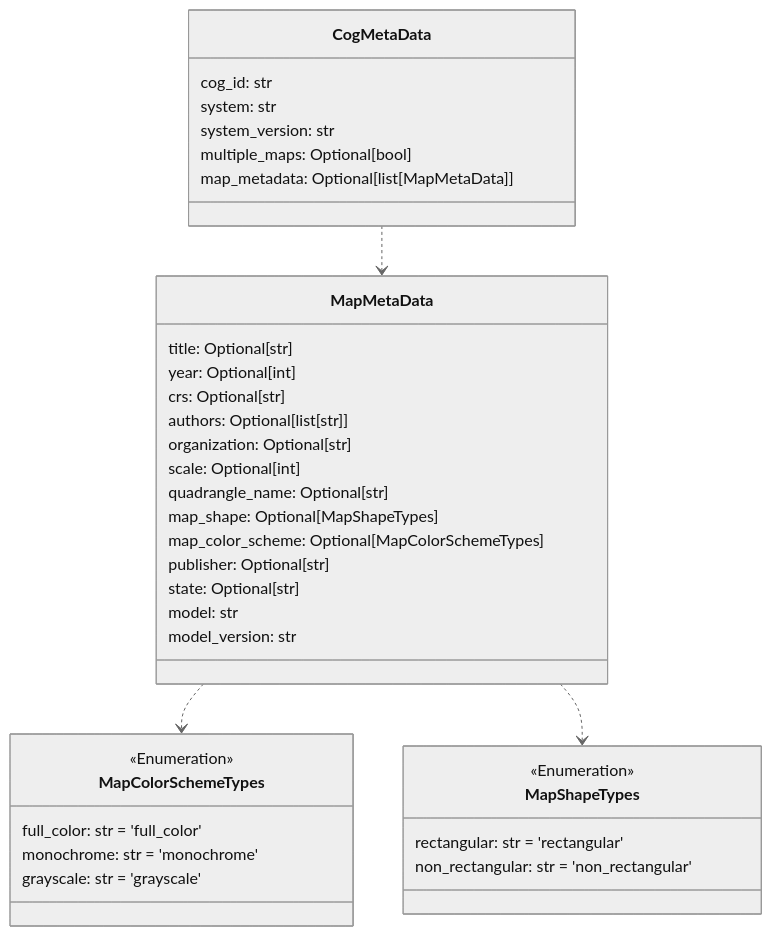
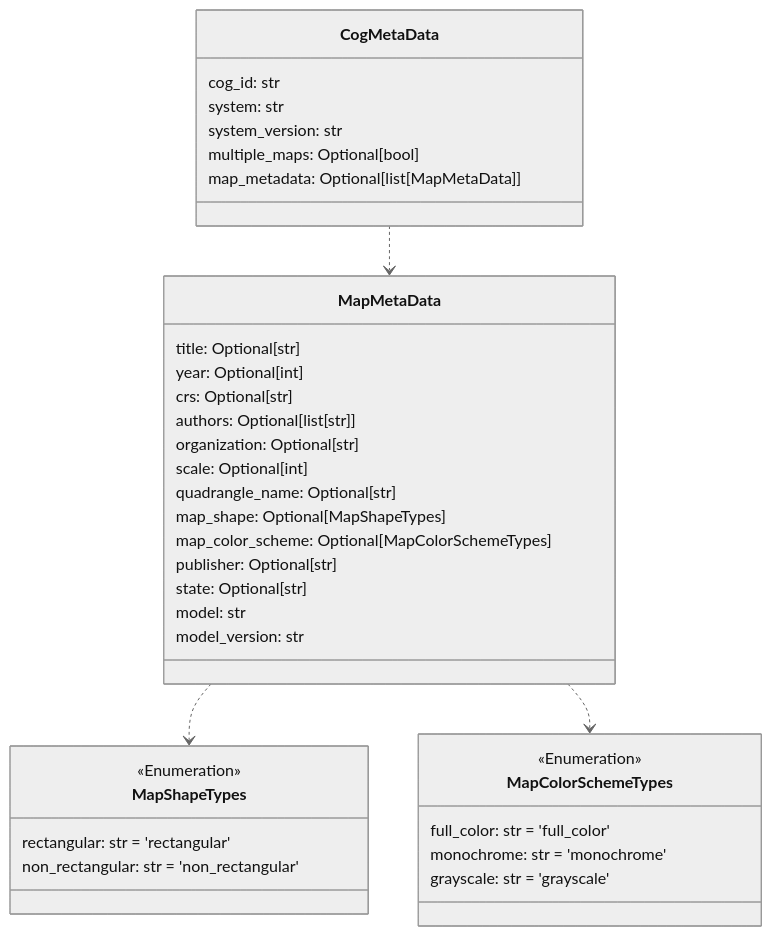
One commit to UW-xDD/cdr_schemas changed the seventh of 8 diagrams in README.md. Above: the diagram before and after it, drawn with Mermaid (neutral theme). The commit also changed other lines of this file, not shown here.

Commit message:
Update readme with document diagram

````diff
--- a/README.md
+++ b/README.md
@@ -508,46 +508,46 @@
 ```mermaid
 classDiagram
 
     class MapMetaData {
         title: Optional[str]
         year: Optional[int]
         crs: Optional[str]
         authors: Optional[list[str]]
         organization: Optional[str]
         scale: Optional[int]
         quadrangle_name: Optional[str]
         map_shape: Optional[MapShapeTypes]
         map_color_scheme: Optional[MapColorSchemeTypes]
         publisher: Optional[str]
         state: Optional[str]
         model: str
         model_version: str
     }
 
+    class MapShapeTypes {
+        <<Enumeration>>
+        rectangular: str = 'rectangular'
+        non_rectangular: str = 'non_rectangular'
+    }
+
     class MapColorSchemeTypes {
         <<Enumeration>>
         full_color: str = 'full_color'
         monochrome: str = 'monochrome'
         grayscale: str = 'grayscale'
     }
 
     class CogMetaData {
         cog_id: str
         system: str
         system_version: str
         multiple_maps: Optional[bool]
         map_metadata: Optional[list[MapMetaData]]
     }
 
-    class MapShapeTypes {
-        <<Enumeration>>
-        rectangular: str = 'rectangular'
-        non_rectangular: str = 'non_rectangular'
-    }
-
+    MapMetaData ..> MapShapeTypes
     MapMetaData ..> MapColorSchemeTypes
-    MapMetaData ..> MapShapeTypes
     CogMetaData ..> MapMetaData
 
 
 ```
````
